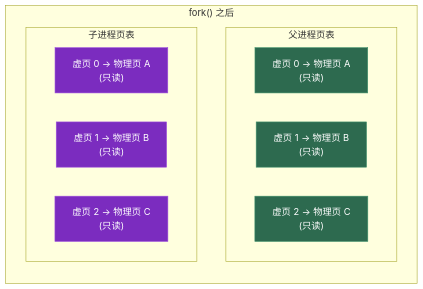
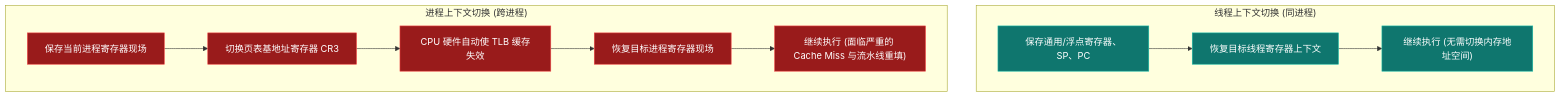
Before and after one commit to Lumivers/firefly: the third of 4 diagrams in src/content/posts/os/01_process_and_thread.md, drawn with Mermaid. The commit also changed other lines of this file and 39 other files, not shown here.

````diff
--- a/src/content/posts/os/01_process_and_thread.md
+++ b/src/content/posts/os/01_process_and_thread.md
@@ -299,23 +106,23 @@
 ```mermaid
-graph LR
-    subgraph "fork() 之后"
-        direction TB
-        subgraph "父进程页表"
-            pp1["虚页 0 → 物理页 A \n(只读)"]
-            pp2["虚页 1 → 物理页 B \n(只读)"]
-            pp3["虚页 2 → 物理页 C \n(只读)"]
-        end
-        subgraph "子进程页表"
-            cp1["虚页 0 → 物理页 A \n(只读)"]
-            cp2["虚页 1 → 物理页 B \n(只读)"]
-            cp3["虚页 2 → 物理页 C \n(只读)"]
-        end
+graph TD
+    subgraph "线程上下文切换 (同进程)"
+        A1["保存通用/浮点寄存器、SP、PC"] --> A2["恢复目标线程寄存器上下文"]
+        A2 --> A3["继续执行 (无需切换内存地址空间)"]
     end
 
-    style pp1 fill:#2d6a4f,stroke:#40916c,color:white
-    style pp2 fill:#2d6a4f,stroke:#40916c,color:white
-    style pp3 fill:#2d6a4f,stroke:#40916c,color:white
-    style cp1 fill:#7b2cbf,stroke:#9d4edd,color:white
-    style cp2 fill:#7b2cbf,stroke:#9d4edd,color:white
-    style cp3 fill:#7b2cbf,stroke:#9d4edd,color:white
+    subgraph "进程上下文切换 (跨进程)"
+        B1["保存当前进程寄存器现场"] --> B2["切换页表基地址寄存器 CR3"]
+        B2 --> B3["CPU 硬件自动使 TLB 缓存失效"]
+        B3 --> B4["恢复目标进程寄存器现场"]
+        B4 --> B5["继续执行 (面临严重的 Cache Miss 与流水线重填)"]
+    end
+
+    style A1 fill:#0f766e,stroke:#14b8a6,color:white
+    style A2 fill:#0f766e,stroke:#14b8a6,color:white
+    style A3 fill:#0f766e,stroke:#14b8a6,color:white
+    style B1 fill:#991b1b,stroke:#ef4444,color:white
+    style B2 fill:#991b1b,stroke:#ef4444,color:white
+    style B3 fill:#991b1b,stroke:#ef4444,color:white
+    style B4 fill:#991b1b,stroke:#ef4444,color:white
+    style B5 fill:#991b1b,stroke:#ef4444,color:white
 ```
````
